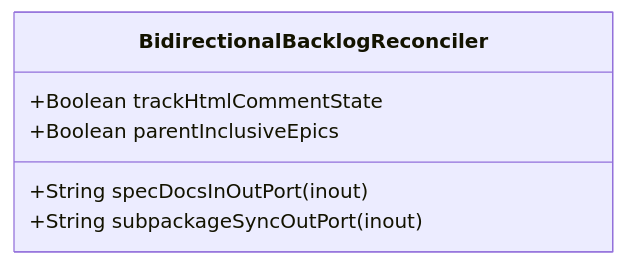
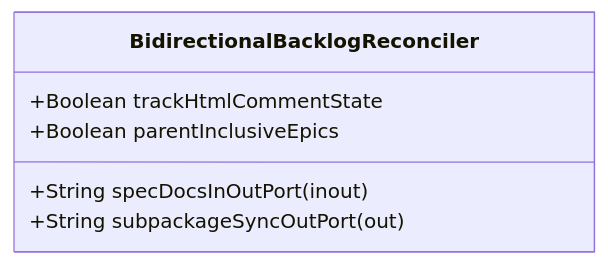
Before and after one commit to gintatkinson/DEAP01-spec-core: the diagram in .pipeline/upstream/docs/features/FEAT-17-BidirectionalBacklogReconciler.md, drawn with Mermaid. The commit also changed other lines of this file and 213 other files, not shown here.

````diff
--- a/.pipeline/upstream/docs/features/FEAT-17-BidirectionalBacklogReconciler.md
+++ b/.pipeline/upstream/docs/features/FEAT-17-BidirectionalBacklogReconciler.md
@@ -16,9 +16,9 @@
 ```mermaid
 classDiagram
     class BidirectionalBacklogReconciler {
         +String specDocsInOutPort (inout)
-        +String subpackageSyncOutPort (inout)
+        +String subpackageSyncOutPort (out)
         +Boolean trackHtmlCommentState
         +Boolean parentInclusiveEpics
     }
 ```
````
